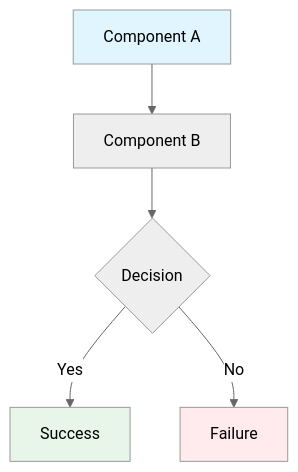
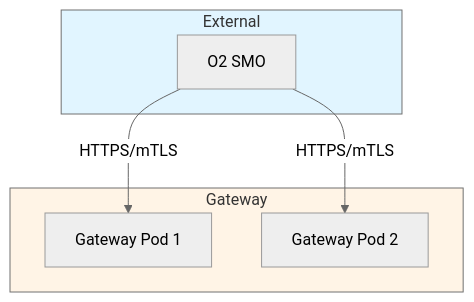
Before and after one commit to piwi3910/netweave: the diagram in CLAUDE.md, drawn with Mermaid (neutral theme). The commit also changed other lines of this file, not shown here.

````diff
--- a/CLAUDE.md
+++ b/CLAUDE.md
@@ -1007,11 +419,16 @@
 ```mermaid
 graph TB
-    A[Component A] --> B[Component B]
-    B --> C{Decision}
-    C -->|Yes| D[Success]
-    C -->|No| E[Failure]
+    subgraph External
+        SMO[O2 SMO]
+    end
+    subgraph Gateway
+        GW1[Gateway Pod 1]
+        GW2[Gateway Pod 2]
+    end
 
-    style A fill:#e1f5ff
-    style D fill:#e8f5e9
-    style E fill:#ffebee
+    SMO -->|HTTPS/mTLS| GW1
+    SMO -->|HTTPS/mTLS| GW2
+
+    style External fill:#e1f5ff
+    style Gateway fill:#fff4e6
 ```
````
